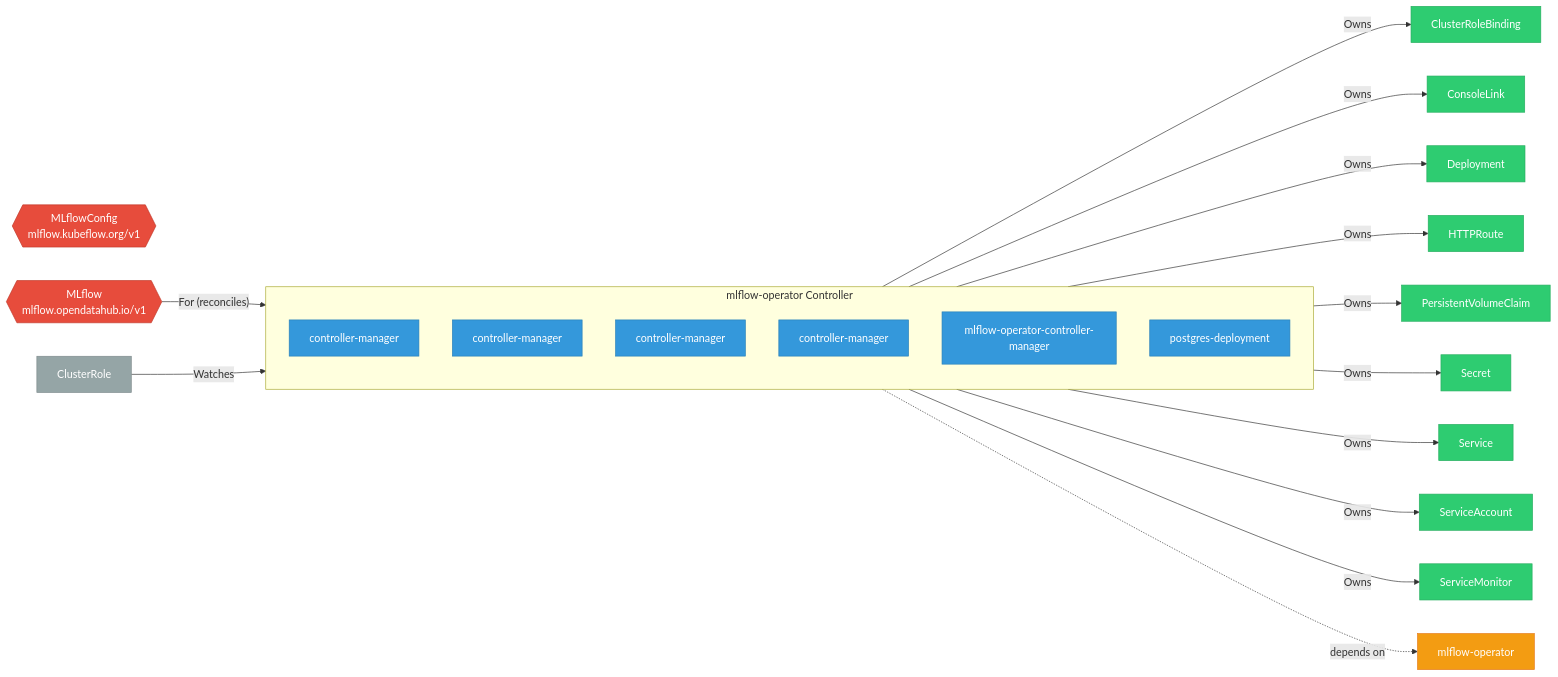
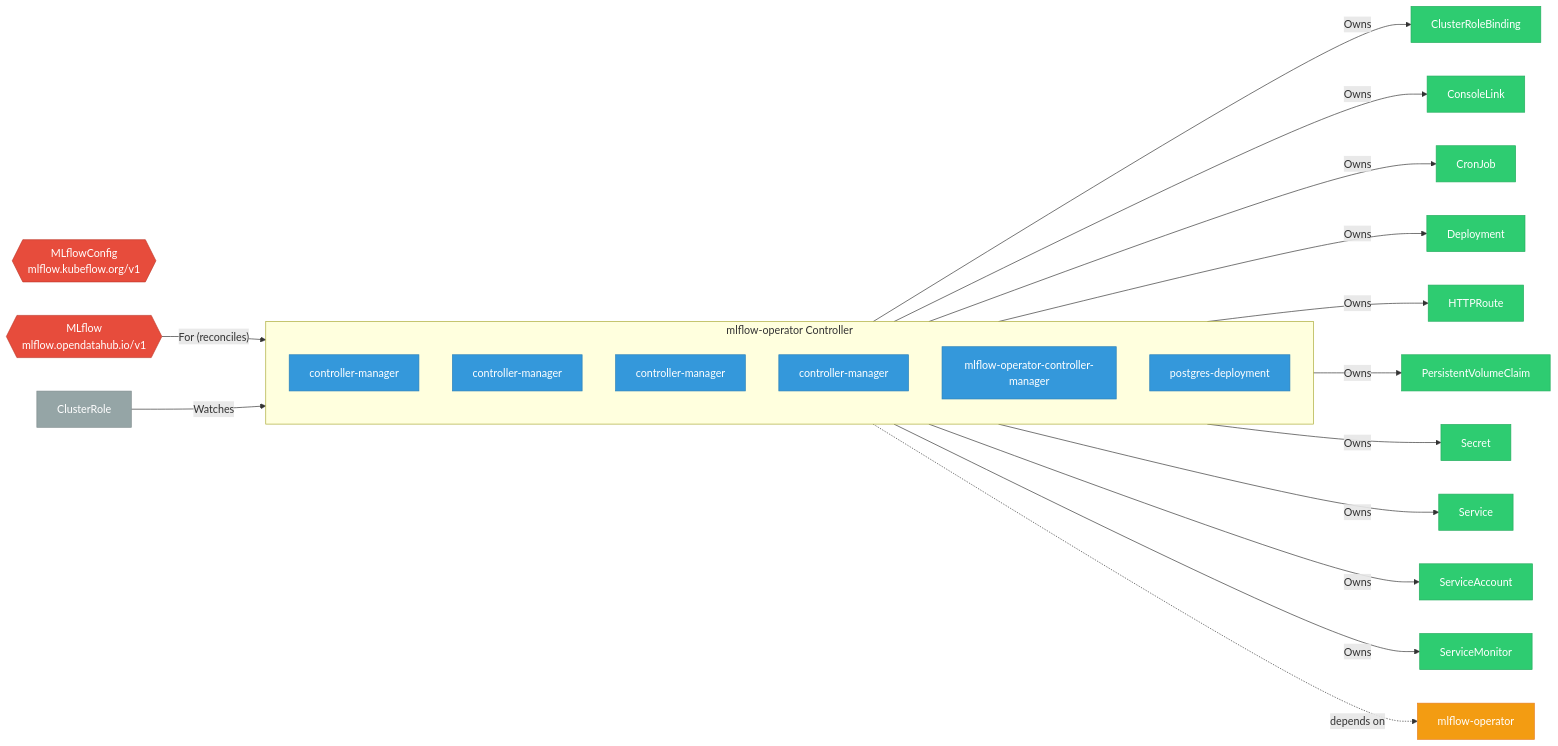
Before and after one commit to ugiordan/rhoai-architecture-analyzer: the diagram in site/docs/odh-platform/components/mlflow_operator/index.md, drawn with Mermaid. The commit also changed other lines of this file and 152 other files, not shown here.

````diff
--- a/site/docs/odh-platform/components/mlflow_operator/index.md
+++ b/site/docs/odh-platform/components/mlflow_operator/index.md
@@ -25,53 +25,55 @@
 ```mermaid
 graph LR
     %% Component architecture for mlflow-operator
 
     classDef crd fill:#e74c3c,stroke:#c0392b,color:#fff
     classDef controller fill:#3498db,stroke:#2980b9,color:#fff
     classDef owned fill:#2ecc71,stroke:#27ae60,color:#fff
     classDef external fill:#95a5a6,stroke:#7f8c8d,color:#fff
     classDef dep fill:#f39c12,stroke:#e67e22,color:#fff
 
     subgraph controller["mlflow-operator Controller"]
         dep_1["controller-manager"]
         class dep_1 controller
         dep_2["controller-manager"]
         class dep_2 controller
         dep_3["controller-manager"]
         class dep_3 controller
         dep_4["controller-manager"]
         class dep_4 controller
         dep_5["mlflow-operator-controller-manager"]
         class dep_5 controller
         dep_6["postgres-deployment"]
         class dep_6 controller
     end
 
     crd_MLflowConfig{{"MLflowConfig\nmlflow.kubeflow.org/v1"}}
     class crd_MLflowConfig crd
     crd_MLflow{{"MLflow\nmlflow.opendatahub.io/v1"}}
     class crd_MLflow crd
     crd_MLflow -->|"For (reconciles)"| controller
     controller -->|"Owns"| owned_7["ClusterRoleBinding"]
     class owned_7 owned
     controller -->|"Owns"| owned_8["ConsoleLink"]
     class owned_8 owned
-    controller -->|"Owns"| owned_9["Deployment"]
+    controller -->|"Owns"| owned_9["CronJob"]
     class owned_9 owned
-    controller -->|"Owns"| owned_10["HTTPRoute"]
+    controller -->|"Owns"| owned_10["Deployment"]
     class owned_10 owned
-    controller -->|"Owns"| owned_11["PersistentVolumeClaim"]
+    controller -->|"Owns"| owned_11["HTTPRoute"]
     class owned_11 owned
-    controller -->|"Owns"| owned_12["Secret"]
+    controller -->|"Owns"| owned_12["PersistentVolumeClaim"]
     class owned_12 owned
-    controller -->|"Owns"| owned_13["Service"]
+    controller -->|"Owns"| owned_13["Secret"]
     class owned_13 owned
-    controller -->|"Owns"| owned_14["ServiceAccount"]
+    controller -->|"Owns"| owned_14["Service"]
     class owned_14 owned
-    controller -->|"Owns"| owned_15["ServiceMonitor"]
+    controller -->|"Owns"| owned_15["ServiceAccount"]
     class owned_15 owned
-    watch_16["ClusterRole"] -->|"Watches"| controller
-    class watch_16 external
-    controller -.->|"depends on"| odh_17["mlflow-operator"]
-    class odh_17 dep
+    controller -->|"Owns"| owned_16["ServiceMonitor"]
+    class owned_16 owned
+    watch_17["ClusterRole"] -->|"Watches"| controller
+    class watch_17 external
+    controller -.->|"depends on"| odh_18["mlflow-operator"]
+    class odh_18 dep
 ```
````
